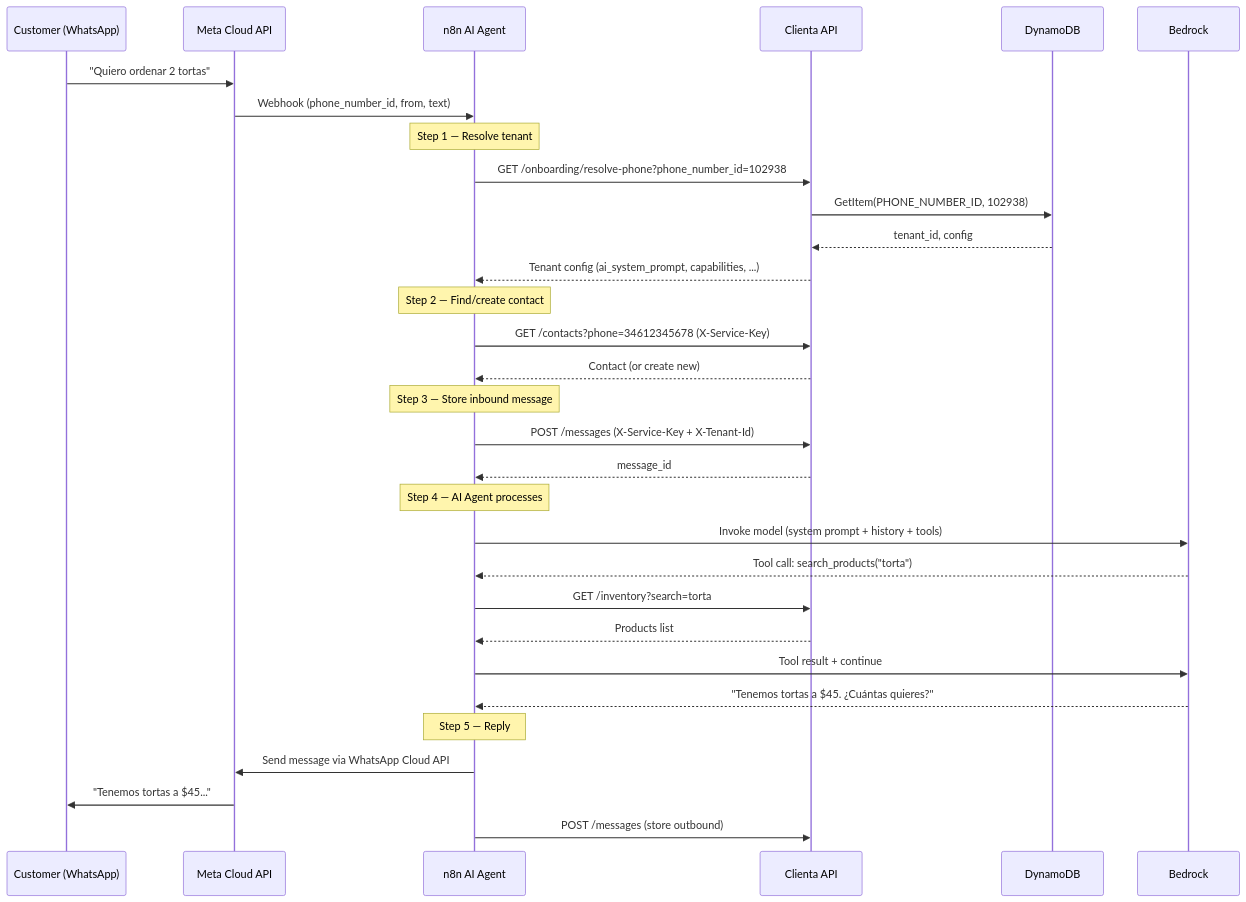
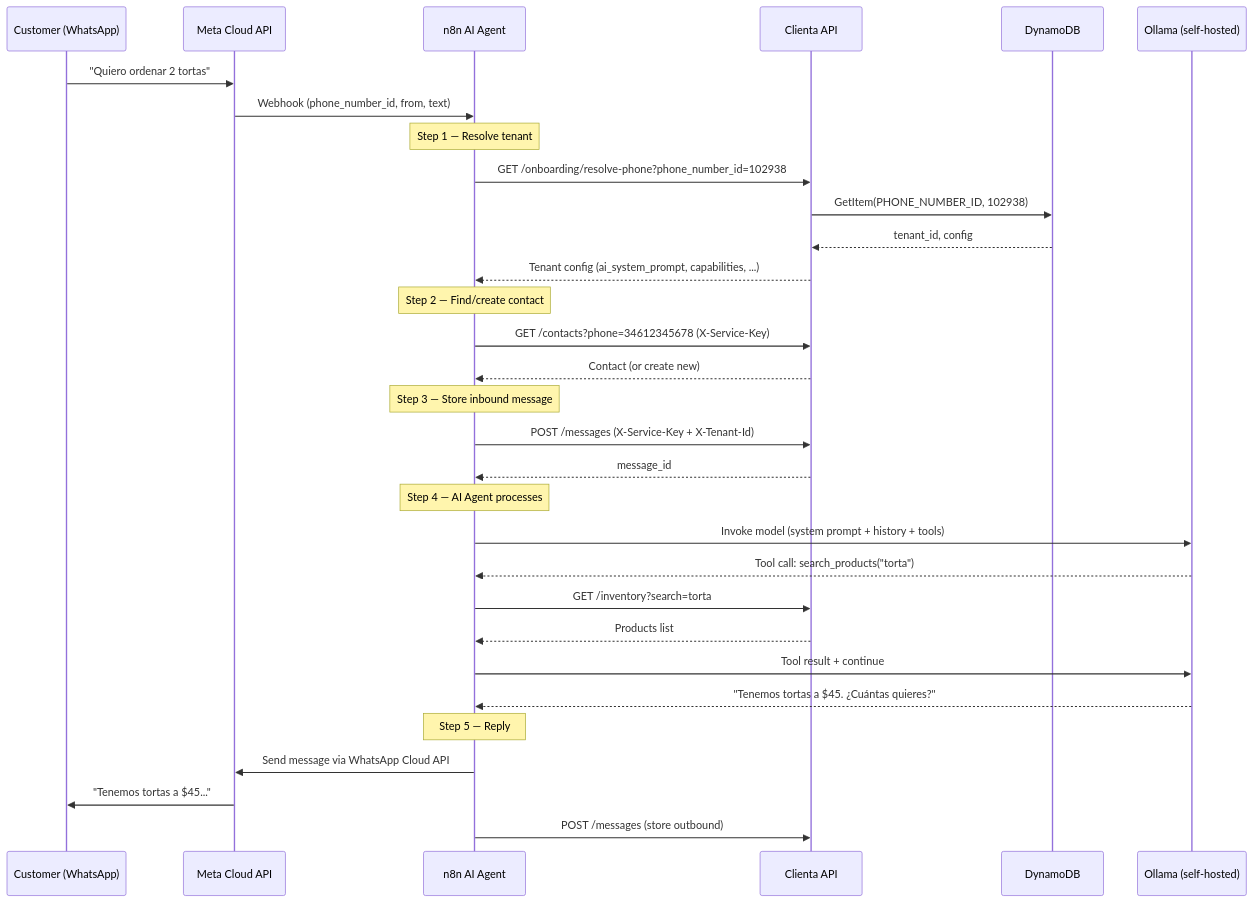
The third of 10 diagrams in docs/architecture.md (davidballad/crm_ai), drawn with Mermaid before and after one commit. The commit also changed other lines of this file and 36 other files, not shown here.

````diff
--- a/docs/architecture.md
+++ b/docs/architecture.md
@@ -141,39 +145,39 @@
 ```mermaid
 sequenceDiagram
   participant C as Customer (WhatsApp)
   participant M as Meta Cloud API
   participant N as n8n AI Agent
   participant API as Clienta API
   participant DB as DynamoDB
-  participant BR as Bedrock
+  participant OL as Ollama (self-hosted)
 
   C->>M: "Quiero ordenar 2 tortas"
   M->>N: Webhook (phone_number_id, from, text)
 
   Note over N: Step 1 — Resolve tenant
   N->>API: GET /onboarding/resolve-phone?phone_number_id=102938
   API->>DB: GetItem(PHONE_NUMBER_ID, 102938)
   DB-->>API: tenant_id, config
   API-->>N: Tenant config (ai_system_prompt, capabilities, ...)
 
   Note over N: Step 2 — Find/create contact
   N->>API: GET /contacts?phone=34612345678 (X-Service-Key)
   API-->>N: Contact (or create new)
 
   Note over N: Step 3 — Store inbound message
   N->>API: POST /messages (X-Service-Key + X-Tenant-Id)
   API-->>N: message_id
 
   Note over N: Step 4 — AI Agent processes
-  N->>BR: Invoke model (system prompt + history + tools)
-  BR-->>N: Tool call: search_products("torta")
+  N->>OL: Invoke model (system prompt + history + tools)
+  OL-->>N: Tool call: search_products("torta")
   N->>API: GET /inventory?search=torta
   API-->>N: Products list
-  N->>BR: Tool result + continue
-  BR-->>N: "Tenemos tortas a $45. ¿Cuántas quieres?"
+  N->>OL: Tool result + continue
+  OL-->>N: "Tenemos tortas a $45. ¿Cuántas quieres?"
 
   Note over N: Step 5 — Reply
   N->>M: Send message via WhatsApp Cloud API
   M->>C: "Tenemos tortas a $45..."
   N->>API: POST /messages (store outbound)
 ```
````
